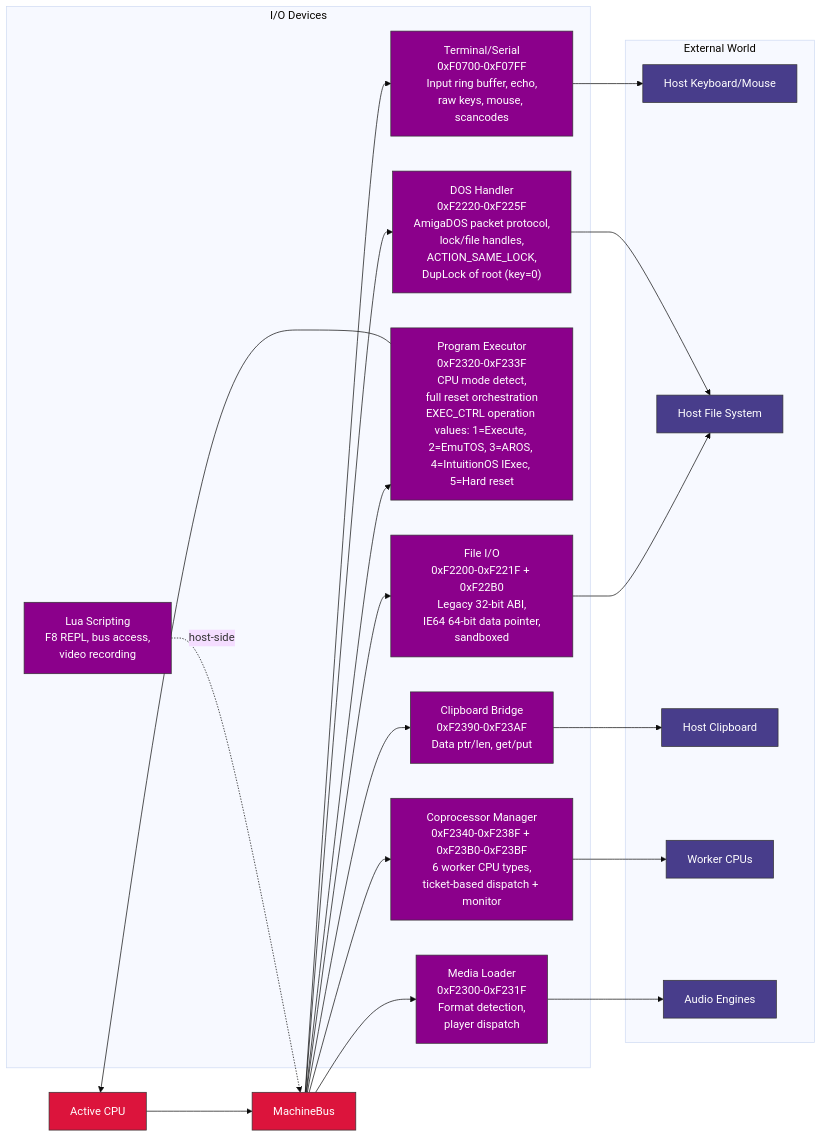
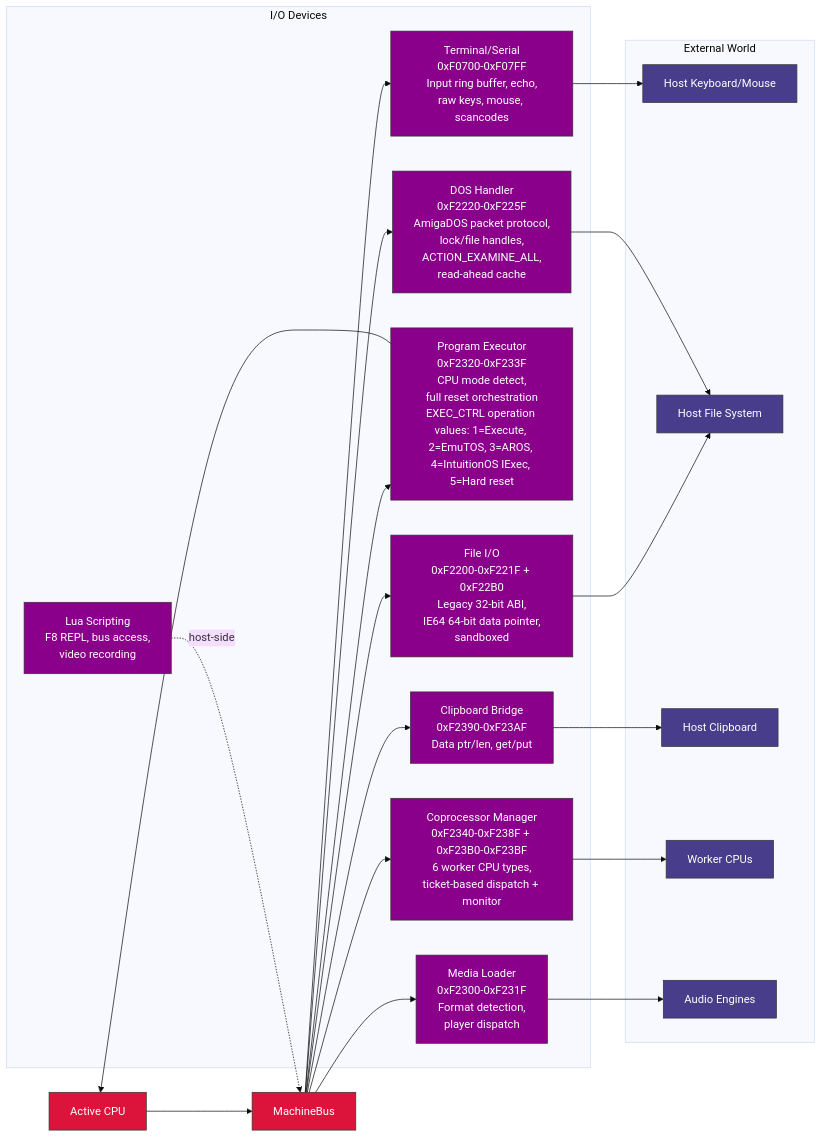
The ninth of 12 diagrams in sdk/docs/architecture.md (IntuitionAmiga/IntuitionEngine), drawn with Mermaid (base theme) before and after one commit. The commit also changed other lines of this file and 70 other files, not shown here.

````diff
--- a/sdk/docs/architecture.md
+++ b/sdk/docs/architecture.md
@@ -1234,49 +1238,49 @@
 ```mermaid
 graph LR
     CPU["Active CPU"]
     BUS["MachineBus"]
     CPU --> BUS
 
     subgraph DEVS["I/O Devices"]
         TERM["Terminal/Serial<br/>0xF0700-0xF07FF<br/>Input ring buffer, echo,<br/>raw keys, mouse, scancodes"]
         FIO["File I/O<br/>0xF2200-0xF221F + 0xF22B0<br/>Legacy 32-bit ABI,<br/>IE64 64-bit data pointer,<br/>sandboxed"]
         PEXEC["Program Executor<br/>0xF2320-0xF233F<br/>CPU mode detect,<br/>full reset orchestration<br/>EXEC_CTRL operation values: 1=Execute, 2=EmuTOS, 3=AROS, 4=IntuitionOS IExec, 5=Hard reset"]
         COPRO["Coprocessor Manager<br/>0xF2340-0xF238F + 0xF23B0-0xF23BF<br/>6 worker CPU types,<br/>ticket-based dispatch + monitor"]
         CLIP["Clipboard Bridge<br/>0xF2390-0xF23AF<br/>Data ptr/len, get/put"]
-        DOS["DOS Handler<br/>0xF2220-0xF225F<br/>AmigaDOS packet protocol,<br/>lock/file handles,<br/>ACTION_SAME_LOCK,<br/>DupLock of root (key=0)"]
+        DOS["DOS Handler<br/>0xF2220-0xF225F<br/>AmigaDOS packet protocol,<br/>lock/file handles,<br/>ACTION_EXAMINE_ALL,<br/>read-ahead cache"]
         MEDIA["Media Loader<br/>0xF2300-0xF231F<br/>Format detection,<br/>player dispatch"]
         LUA["Lua Scripting<br/>F8 REPL, bus access,<br/>video recording"]
     end
 
     BUS --> TERM
     BUS --> FIO
     BUS --> PEXEC
     BUS --> COPRO
     BUS --> CLIP
     BUS --> DOS
     BUS --> MEDIA
     LUA -.->|"host-side"| BUS
 
     subgraph EXT["External World"]
         HOST_KB["Host Keyboard/Mouse"]
         HOST_FS["Host File System"]
         HOST_CB["Host Clipboard"]
         CPUSUB["Worker CPUs"]
         AUDIO_E["Audio Engines"]
     end
 
     TERM --> HOST_KB
     FIO --> HOST_FS
     DOS --> HOST_FS
     CLIP --> HOST_CB
     PEXEC --> CPU
     COPRO --> CPUSUB
     MEDIA --> AUDIO_E
 
     classDef periph fill:#8B008B,stroke:#333,color:#fff
     classDef ext fill:#483D8B,stroke:#333,color:#fff
     classDef bus fill:#DC143C,stroke:#333,color:#fff
     class TERM,FIO,PEXEC,COPRO,CLIP,DOS,MEDIA,LUA periph
     class HOST_KB,HOST_FS,HOST_CB,CPUSUB,AUDIO_E ext
     class CPU,BUS bus
 ```
````
